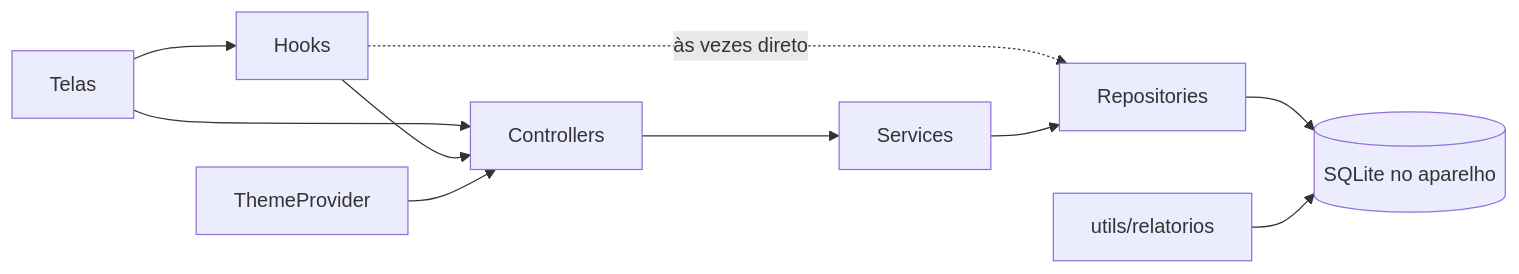
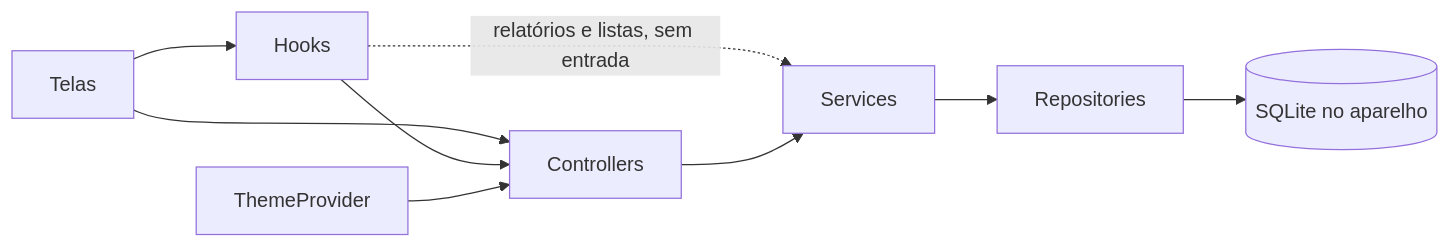
One commit to Gabriel-Maran/PetShopManager changed the diagram in docs/arquitetura.md. Above: the diagram before and after it, drawn with Mermaid. The commit also changed other lines of this file and 5 other files, not shown here.

````diff
--- a/docs/arquitetura.md
+++ b/docs/arquitetura.md
@@ -71,10 +72,9 @@
 ```mermaid
 flowchart LR
   Telas --> Hooks
   Telas --> Controllers
   Hooks --> Controllers
-  Hooks -. "às vezes direto" .-> Repositories
+  Hooks -. "relatórios e listas, sem entrada" .-> Services
   Controllers --> Services --> Repositories --> SQLite[(SQLite no aparelho)]
-  Relatorios["utils/relatorios"] --> SQLite
   Tema["ThemeProvider"] --> Controllers
 ```
````
